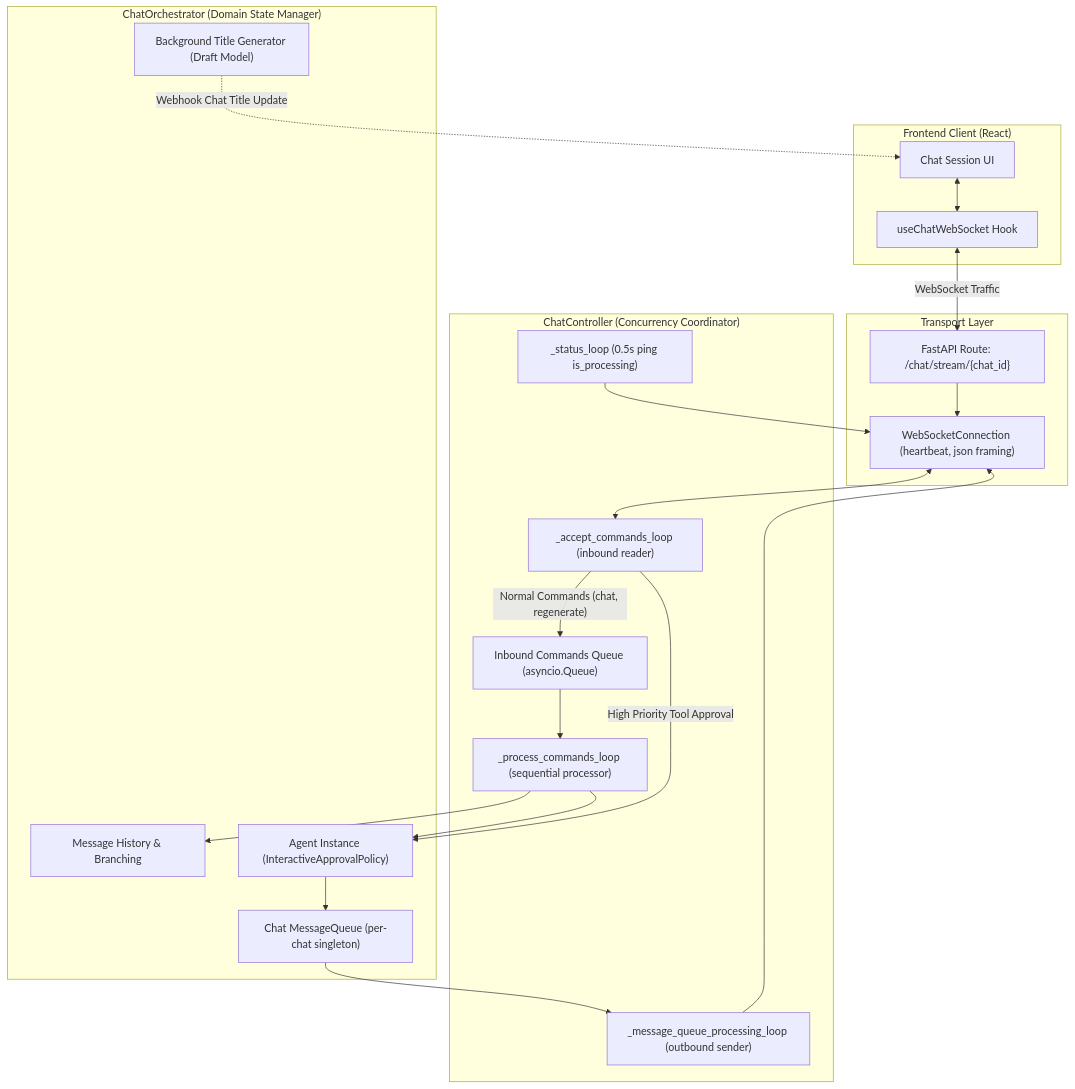
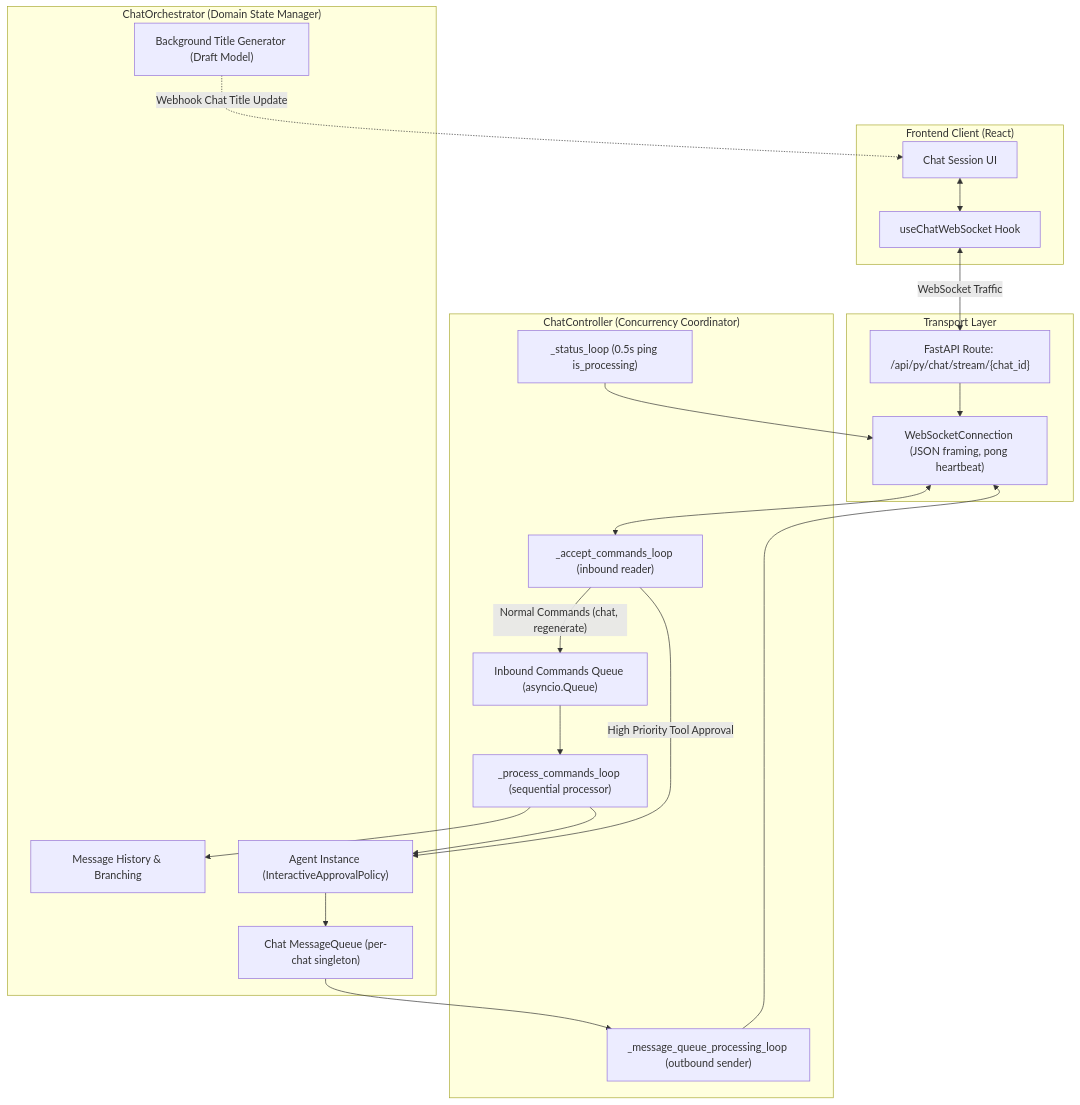
The diagram in architecture/chat-and-websocket.md (dbracewell/Asterism), drawn with Mermaid before and after one commit. The commit also changed other lines of this file and 10 other files, not shown here.

````diff
--- a/architecture/chat-and-websocket.md
+++ b/architecture/chat-and-websocket.md
@@ -11,44 +11,44 @@
 ```mermaid
 flowchart TD
     subgraph Frontend["Frontend Client (React)"]
         UI["Chat Session UI"]
         Hook["useChatWebSocket Hook"]
     end
 
     subgraph Transport["Transport Layer"]
-        WSEndpoint["FastAPI Route: /chat/stream/{chat_id}"]
-        WSConn["WebSocketConnection (heartbeat, json framing)"]
+        WSEndpoint["FastAPI Route: /api/py/chat/stream/{chat_id}"]
+        WSConn["WebSocketConnection (JSON framing, pong heartbeat)"]
     end
 
     subgraph ControllerSubsystem["ChatController (Concurrency Coordinator)"]
         AcceptLoop["_accept_commands_loop (inbound reader)"]
         ProcessLoop["_process_commands_loop (sequential processor)"]
         MsgQueueLoop["_message_queue_processing_loop (outbound sender)"]
         StatusLoop["_status_loop (0.5s ping is_processing)"]
         InboundQueue["Inbound Commands Queue (asyncio.Queue)"]
     end
 
     subgraph DomainOrchestrator["ChatOrchestrator (Domain State Manager)"]
         OutboundQueue["Chat MessageQueue (per-chat singleton)"]
         MsgTree["Message History & Branching"]
         TitleGen["Background Title Generator (Draft Model)"]
         AgentSession["Agent Instance (InteractiveApprovalPolicy)"]
     end
 
     UI <--> Hook
     Hook <-->|"WebSocket Traffic"| WSEndpoint
     WSEndpoint --> WSConn
     WSConn <--> AcceptLoop
 
     AcceptLoop -->|"Normal Commands (chat, regenerate)"| InboundQueue
     AcceptLoop -->|"High Priority Tool Approval"| AgentSession
     InboundQueue --> ProcessLoop
     ProcessLoop --> MsgTree
     ProcessLoop --> AgentSession
 
     AgentSession --> OutboundQueue
     OutboundQueue --> MsgQueueLoop
     MsgQueueLoop --> WSConn
     StatusLoop --> WSConn
     TitleGen -.->|"Webhook Chat Title Update"| UI
 ```
````
